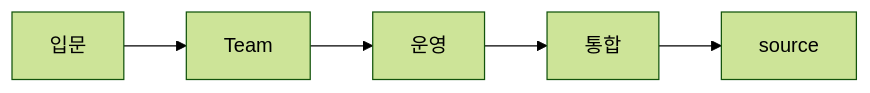
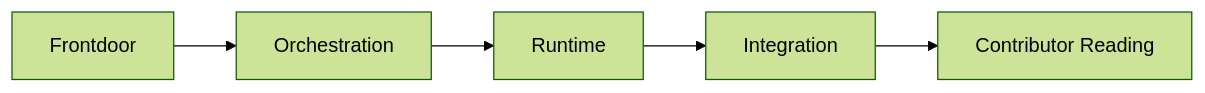
Before and after one commit to terry3838/oh-my-claudecode-guide: the diagram in obsidian/oh-my-claudecode Guide/02 Learning Paths.md, drawn with Mermaid (forest theme). The commit also changed other lines of this file and 4 other files, not shown here.

````diff
--- a/obsidian/oh-my-claudecode Guide/02 Learning Paths.md
+++ b/obsidian/oh-my-claudecode Guide/02 Learning Paths.md
@@ -34,7 +18,7 @@
 ```mermaid
 flowchart LR
-    A[입문] --> B[Team]
-    B --> C[운영]
-    C --> D[통합]
-    D --> E[source]
+    A[Frontdoor] --> B[Orchestration]
+    B --> C[Runtime]
+    C --> D[Integration]
+    D --> E[Contributor Reading]
 ```
````
